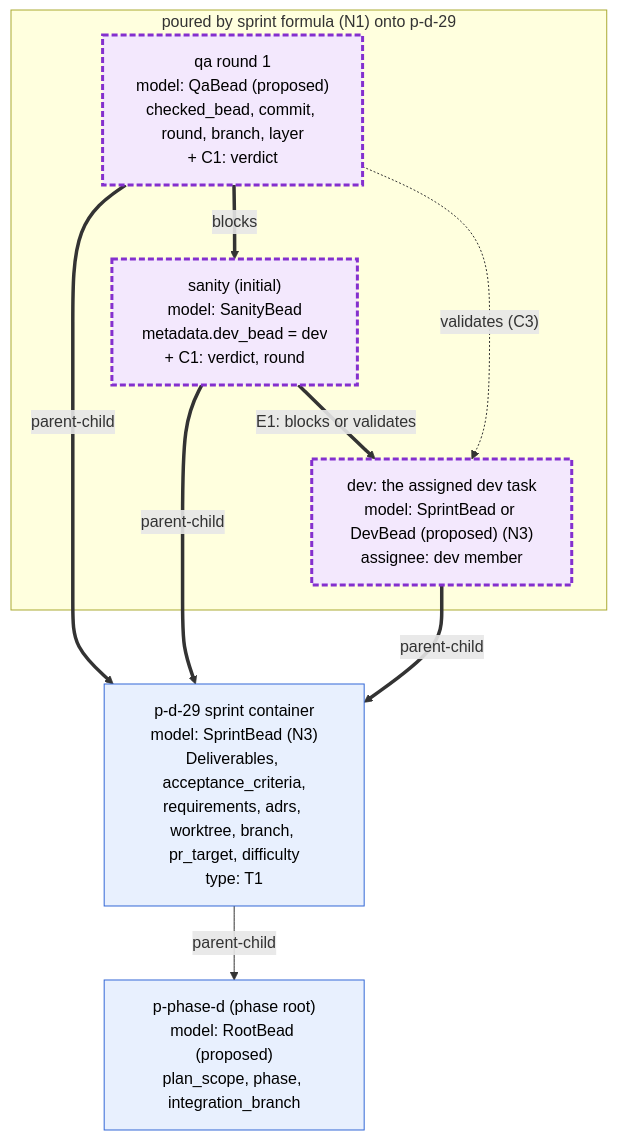
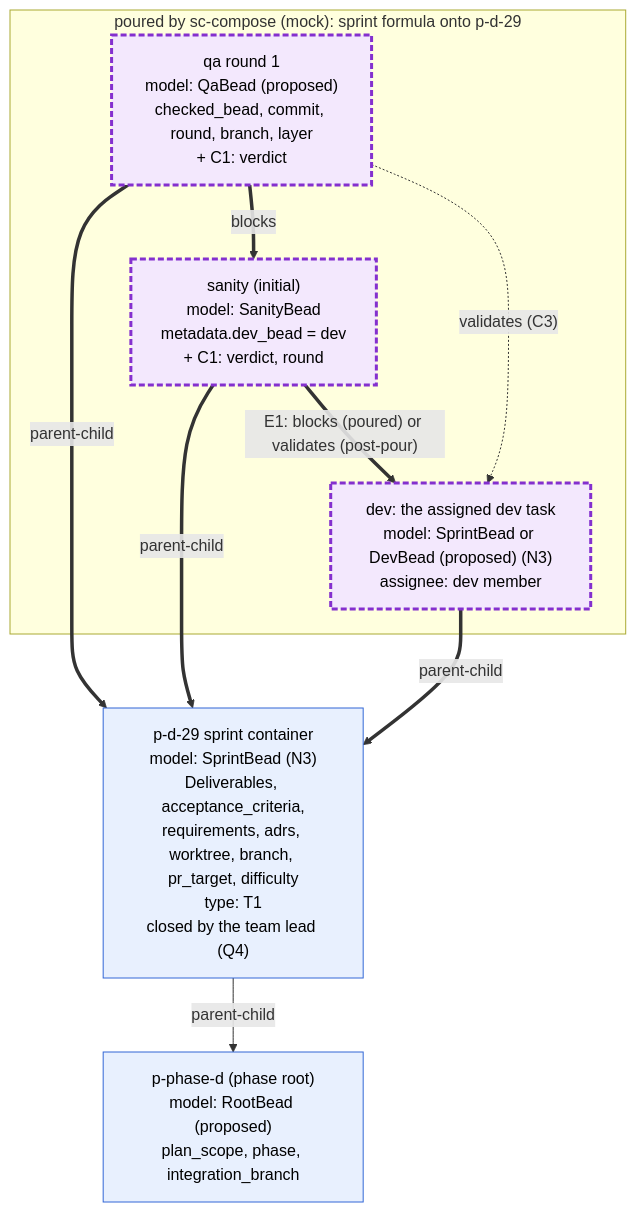
The first of 4 diagrams in docs/diagrams/04-sprint-to-be.md (randlee/atm-bd-orchestration), drawn with Mermaid before and after one commit. The commit also changed other lines of this file and 5 other files, not shown here.

First line of the commit message:
docs: apply Rand's rulings to the bead diagrams

````diff
--- a/docs/diagrams/04-sprint-to-be.md
+++ b/docs/diagrams/04-sprint-to-be.md
@@ -18,22 +25,22 @@
 ```mermaid
 flowchart TB
   classDef tmpl fill:#e8f0fe,stroke:#3367d6,color:#000
   classDef poured fill:#f3e8fd,stroke:#8430ce,stroke-width:3px,stroke-dasharray:6 3,color:#000
 
   ROOT["p-phase-d (phase root)<br/>model: RootBead (proposed)<br/>plan_scope, phase, integration_branch"]:::tmpl
-  SPR["p-d-29 sprint container<br/>model: SprintBead (N3)<br/>Deliverables, acceptance_criteria,<br/>requirements, adrs, worktree, branch, pr_target, difficulty<br/>type: T1"]:::tmpl
+  SPR["p-d-29 sprint container<br/>model: SprintBead (N3)<br/>Deliverables, acceptance_criteria,<br/>requirements, adrs, worktree, branch, pr_target, difficulty<br/>type: T1<br/>closed by the team lead (Q4)"]:::tmpl
 
-  subgraph POUR["poured by sprint formula (N1) onto p-d-29"]
+  subgraph POUR["poured by sc-compose (mock): sprint formula onto p-d-29"]
     DEV["dev: the assigned dev task<br/>model: SprintBead or DevBead (proposed) (N3)<br/>assignee: dev member"]:::poured
     SAN["sanity (initial)<br/>model: SanityBead<br/>metadata.dev_bead = dev<br/>+ C1: verdict, round"]:::poured
     QA["qa round 1<br/>model: QaBead (proposed)<br/>checked_bead, commit, round, branch, layer<br/>+ C1: verdict"]:::poured
   end
 
   SPR -->|parent-child| ROOT
   DEV ==>|parent-child| SPR
   SAN ==>|parent-child| SPR
   QA ==>|parent-child| SPR
-  SAN ==>|"E1: blocks or validates"| DEV
+  SAN ==>|"E1: blocks (poured) or validates (post-pour)"| DEV
   QA ==>|blocks| SAN
   QA -.->|"validates (C3)"| DEV
 ```
````
